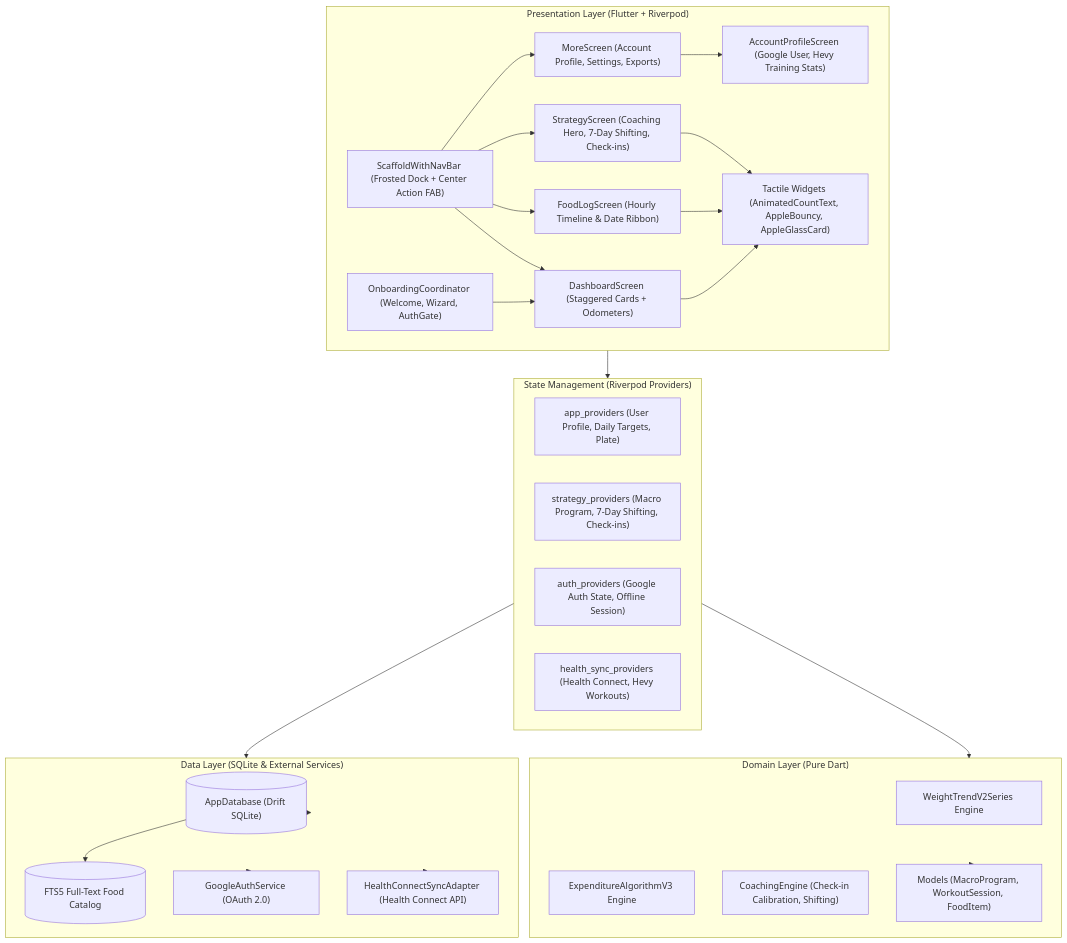
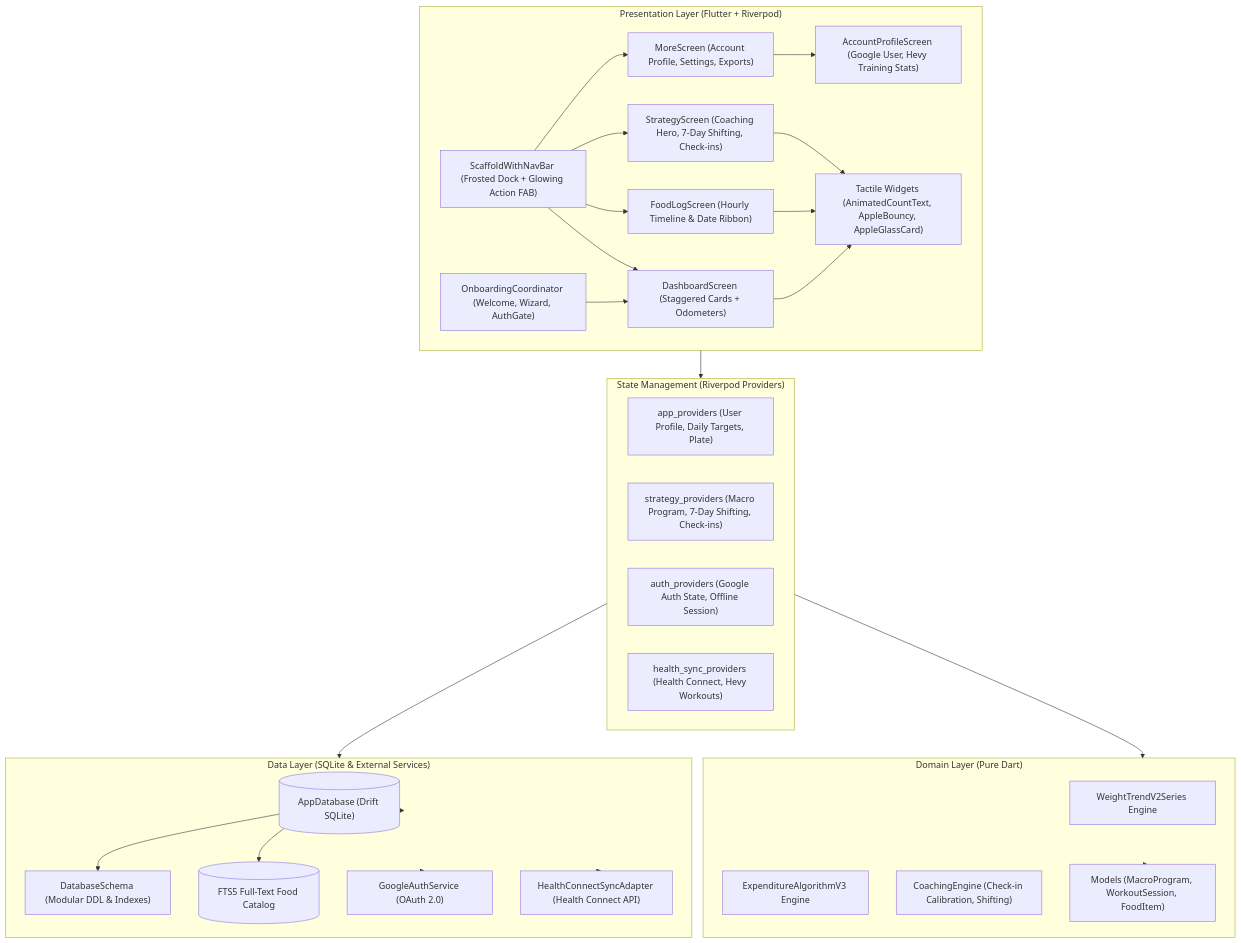
The diagram in README.md (h4rysh/macrofactor-flutter), drawn with Mermaid before and after one commit. The commit also changed other lines of this file and 18 other files, not shown here.

````diff
--- a/README.md
+++ b/README.md
@@ -171,50 +235,52 @@
 ```mermaid
 flowchart TD
     subgraph Presentation ["Presentation Layer (Flutter + Riverpod)"]
-        Nav["ScaffoldWithNavBar (Frosted Dock + Center Action FAB)"]
+        Nav["ScaffoldWithNavBar (Frosted Dock + Glowing Action FAB)"]
         Dashboard["DashboardScreen (Staggered Cards + Odometers)"]
         FoodLog["FoodLogScreen (Hourly Timeline & Date Ribbon)"]
         Strategy["StrategyScreen (Coaching Hero, 7-Day Shifting, Check-ins)"]
         More["MoreScreen (Account Profile, Settings, Exports)"]
         Profile["AccountProfileScreen (Google User, Hevy Training Stats)"]
         Onboarding["OnboardingCoordinator (Welcome, Wizard, AuthGate)"]
         
         Widgets["Tactile Widgets (AnimatedCountText, AppleBouncy, AppleGlassCard)"]
     end
 
     subgraph State ["State Management (Riverpod Providers)"]
         AppProv["app_providers (User Profile, Daily Targets, Plate)"]
         StratProv["strategy_providers (Macro Program, 7-Day Shifting, Check-ins)"]
         AuthProv["auth_providers (Google Auth State, Offline Session)"]
         HealthProv["health_sync_providers (Health Connect, Hevy Workouts)"]
     end
 
     subgraph Domain ["Domain Layer (Pure Dart)"]
         TrendAlgo["WeightTrendV2Series Engine"]
         ExpAlgo["ExpenditureAlgorithmV3 Engine"]
         CoachAlgo["CoachingEngine (Check-in Calibration, Shifting)"]
         Models["Models (MacroProgram, WorkoutSession, FoodItem)"]
     end
 
     subgraph Data ["Data Layer (SQLite & External Services)"]
         DB[("AppDatabase (Drift SQLite)")]
+        DBSchema["DatabaseSchema (Modular DDL & Indexes)"]
         FTS[("FTS5 Full-Text Food Catalog")]
         GoogleAuth["GoogleAuthService (OAuth 2.0)"]
         HealthSync["HealthConnectSyncAdapter (Health Connect API)"]
     end
 
     Nav --> Dashboard & FoodLog & Strategy & More
     More --> Profile
     Onboarding --> Dashboard
     
     Dashboard & Strategy & FoodLog --> Widgets
     Presentation --> State
     
     State --> Domain
     State --> Data
     
     Domain --> Models
     Data --> DB
+    DB --> DBSchema
     DB --> FTS
     Data --> GoogleAuth & HealthSync
 ```
````
